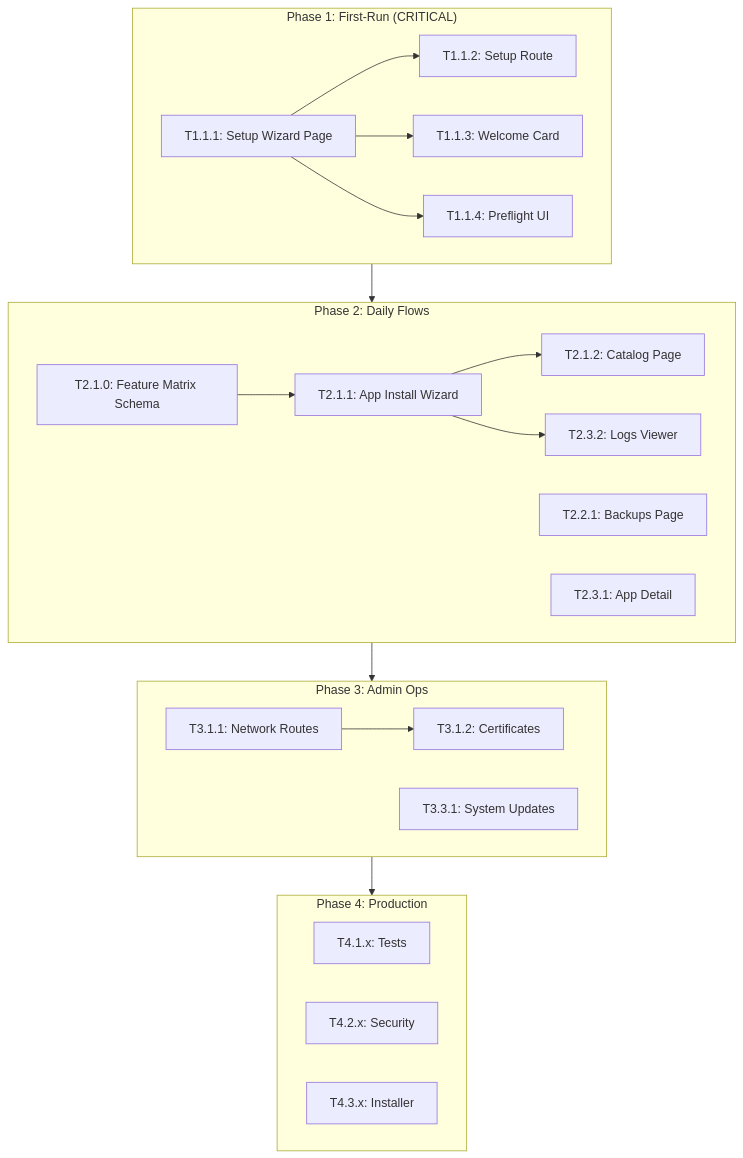
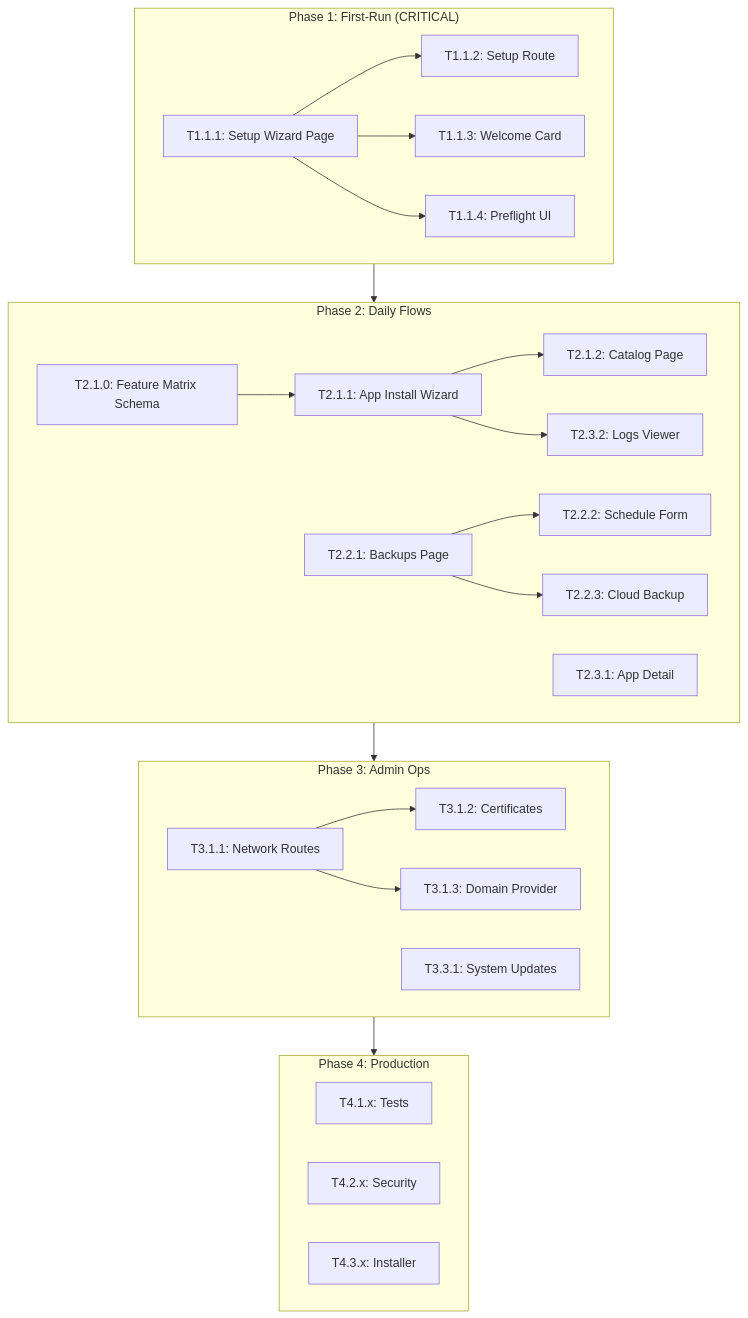
One commit to LibreLoom/LibreServ changed the diagram in ROADMAP.md. Above: the diagram before and after it, drawn with Mermaid. The commit also changed other lines of this file and 2 other files, not shown here.

First line of the commit message:
ROADMAP: Add domain provider & cloud backup features

````diff
--- a/ROADMAP.md
+++ b/ROADMAP.md
@@ -808,42 +907,49 @@
 ```mermaid
 flowchart TB
     subgraph P1["Phase 1: First-Run (CRITICAL)"]
         T111[T1.1.1: Setup Wizard Page]
         T112[T1.1.2: Setup Route]
         T113[T1.1.3: Welcome Card]
         T114[T1.1.4: Preflight UI]
     end
 
     subgraph P2["Phase 2: Daily Flows"]
         T210[T2.1.0: Feature Matrix Schema]
         T211[T2.1.1: App Install Wizard]
         T212[T2.1.2: Catalog Page]
         T221[T2.2.1: Backups Page]
+        T222[T2.2.2: Schedule Form]
+        T223[T2.2.3: Cloud Backup]
         T231[T2.3.1: App Detail]
         T232[T2.3.2: Logs Viewer]
     end
 
     subgraph P3["Phase 3: Admin Ops"]
         T311[T3.1.1: Network Routes]
         T312[T3.1.2: Certificates]
+        T313[T3.1.3: Domain Provider]
         T331[T3.3.1: System Updates]
     end
 
     subgraph P4["Phase 4: Production"]
         T411[T4.1.x: Tests]
         T421[T4.2.x: Security]
         T431[T4.3.x: Installer]
     end
 
     T111 --> T112
     T111 --> T113
     T111 --> T114
     
     T210 --> T211
     T211 --> T212
     T211 --> T232
     
+    T221 --> T222
+    T221 --> T223
+    
     T311 --> T312
+    T311 --> T313
 
     P1 --> P2 --> P3 --> P4
 ```
````
